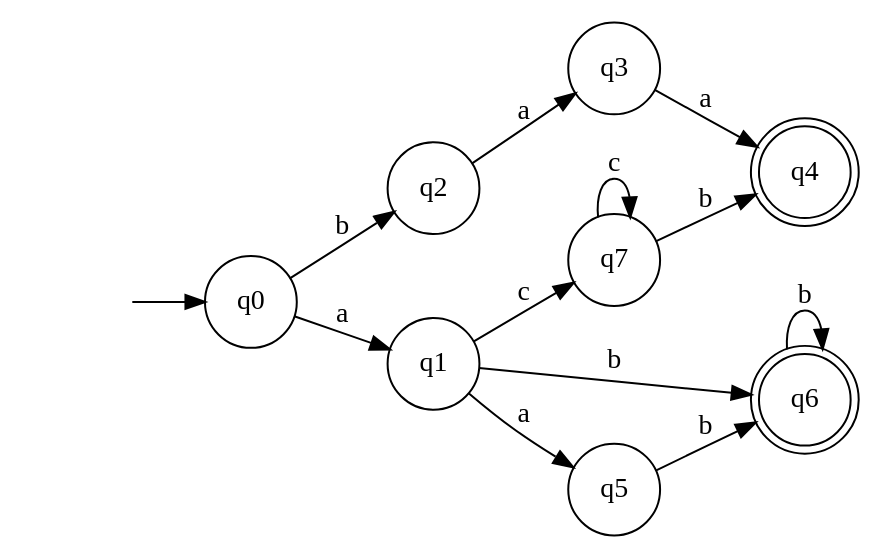
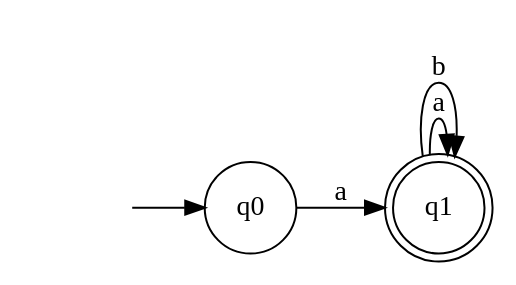
One commit to oscarparedez/compiler-project-1 changed the diagram in DFA MINIMIZED direct.gv. Above: the diagram before and after it, drawn with Graphviz. The commit also changed 17 other files, not shown here.

```diff
--- a/DFA MINIMIZED direct.gv
+++ b/DFA MINIMIZED direct.gv
@@ -1,24 +1,10 @@
 digraph "DFA MINIMIZED direct" {
 	graph [rankdir=LR]
 	"" [label="" shape=plaintext]
-	q4 [label=q4 shape=doublecircle]
-	q6 [label=q6 shape=doublecircle]
-	q5 [label=q5 shape=circle]
-	q2 [label=q2 shape=circle]
-	q7 [label=q7 shape=circle]
-	q1 [label=q1 shape=circle]
-	q3 [label=q3 shape=circle]
+	q1 [label=q1 shape=doublecircle]
 	q0 [label=q0 shape=circle]
 	"" -> q0 [label=""]
 	q0 -> q1 [label=a]
-	q0 -> q2 [label=b]
-	q2 -> q3 [label=a]
-	q3 -> q4 [label=a]
-	q1 -> q5 [label=a]
-	q1 -> q6 [label=b]
-	q1 -> q7 [label=c]
-	q7 -> q4 [label=b]
-	q7 -> q7 [label=c]
-	q5 -> q6 [label=b]
-	q6 -> q6 [label=b]
+	q1 -> q1 [label=a]
+	q1 -> q1 [label=b]
 }
```
